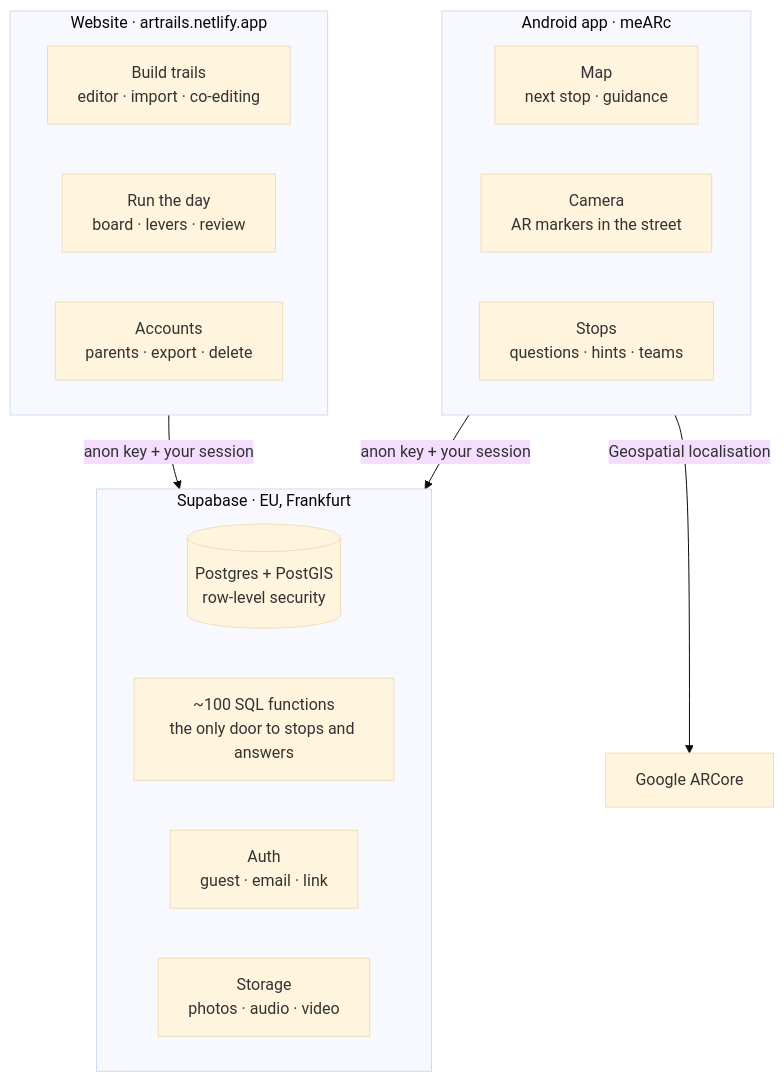
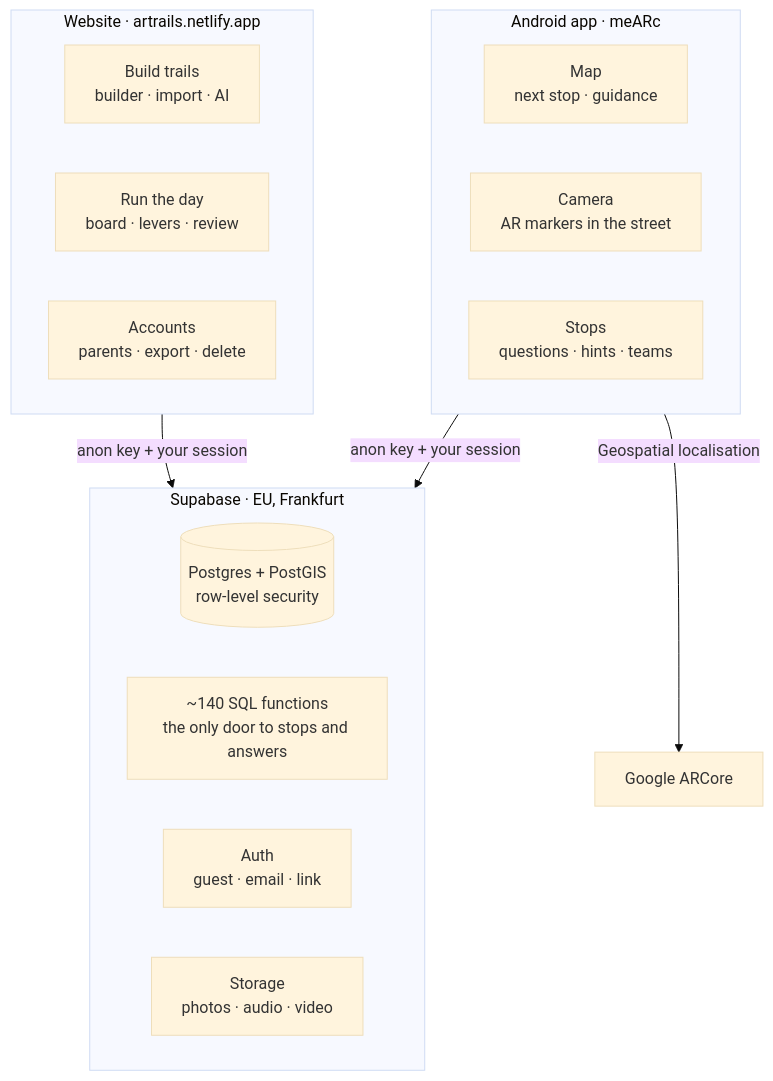
The first of 3 diagrams in README.md (ZalexZal/meARc-platform), drawn with Mermaid (base theme) before and after one commit. The commit also changed other lines of this file and 22 other files, not shown here.

````diff
--- a/README.md
+++ b/README.md
@@ -87,25 +86,25 @@
 ```mermaid
 flowchart TB
     subgraph Web["Website · artrails.netlify.app"]
         direction LR
-        W1["Build trails<br/>editor · import · co-editing"]
+        W1["Build trails<br/>builder · import · AI"]
         W2["Run the day<br/>board · levers · review"]
         W3["Accounts<br/>parents · export · delete"]
     end
     subgraph App["Android app · meARc"]
         direction LR
         A1["Map<br/>next stop · guidance"]
         A2["Camera<br/>AR markers in the street"]
         A3["Stops<br/>questions · hints · teams"]
     end
     subgraph SB["Supabase · EU, Frankfurt"]
         direction LR
         DB[("Postgres + PostGIS<br/>row-level security")]
-        RPC["~100 SQL functions<br/>the only door to stops and answers"]
+        RPC["~140 SQL functions<br/>the only door to stops and answers"]
         AU["Auth<br/>guest · email · link"]
         ST["Storage<br/>photos · audio · video"]
     end
     Web -- "anon key + your session" --> SB
     App -- "anon key + your session" --> SB
     App -- "Geospatial localisation" --> G["Google ARCore"]
 ```
````
